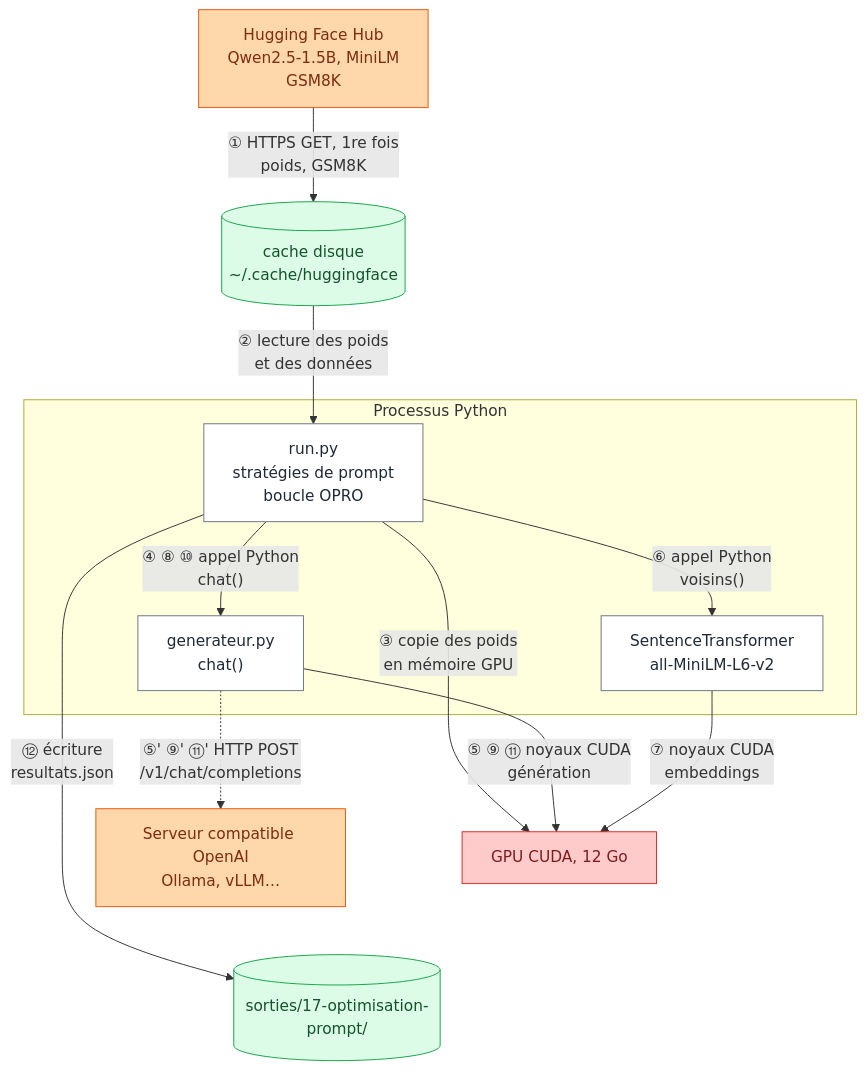
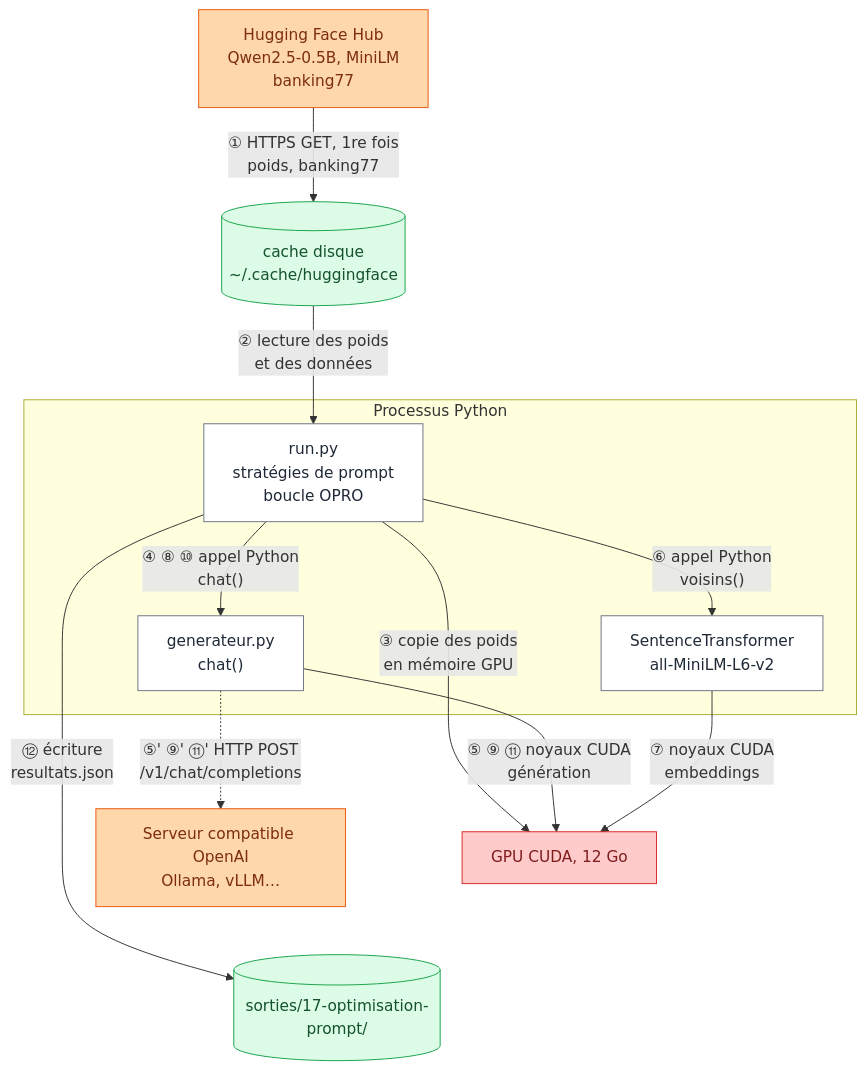
The diagram in 17-optimisation-prompt/README.md (xavinsky/amelioria), drawn with Mermaid before and after one commit. The commit also changed other lines of this file and 9 other files, not shown here.

````diff
--- a/17-optimisation-prompt/README.md
+++ b/17-optimisation-prompt/README.md
@@ -48,34 +48,34 @@
 ```mermaid
 flowchart TD
   classDef externe fill:#fed7aa,stroke:#ea580c,color:#7c2d12
   classDef code fill:#ffffff,stroke:#6b7280,color:#1f2937
   classDef gpu fill:#fecaca,stroke:#dc2626,color:#7f1d1d
   classDef disque fill:#dcfce7,stroke:#16a34a,color:#14532d
 
-  Hub["Hugging Face Hub<br/>Qwen2.5-1.5B, MiniLM<br/>GSM8K"]
+  Hub["Hugging Face Hub<br/>Qwen2.5-0.5B, MiniLM<br/>banking77"]
   Cache[("cache disque<br/>~/.cache/huggingface")]
   subgraph Py["Processus Python"]
     Run["run.py<br/>stratégies de prompt<br/>boucle OPRO"]
     Gen["generateur.py<br/>chat()"]
     Emb["SentenceTransformer<br/>all-MiniLM-L6-v2"]
   end
   GPU["GPU CUDA, 12 Go"]
   API["Serveur compatible OpenAI<br/>Ollama, vLLM…"]
   Out[("sorties/17-optimisation-prompt/")]
 
-  Hub -- "① HTTPS GET, 1re fois<br/>poids, GSM8K" --> Cache
+  Hub -- "① HTTPS GET, 1re fois<br/>poids, banking77" --> Cache
   Cache -- "② lecture des poids<br/>et des données" --> Run
   Run -- "③ copie des poids<br/>en mémoire GPU" --> GPU
   Run -- "④ ⑧ ⑩ appel Python<br/>chat()" --> Gen
   Gen -- "⑤ ⑨ ⑪ noyaux CUDA<br/>génération" --> GPU
   Gen -. "⑤' ⑨' ⑪' HTTP POST<br/>/v1/chat/completions" .-> API
   Run -- "⑥ appel Python<br/>voisins()" --> Emb
   Emb -- "⑦ noyaux CUDA<br/>embeddings" --> GPU
   Run -- "⑫ écriture<br/>resultats.json" --> Out
 
   GPU ~~~ Out
   class Hub,API externe
   class Run,Gen,Emb code
   class GPU gpu
   class Cache,Out disque
 ```
````
